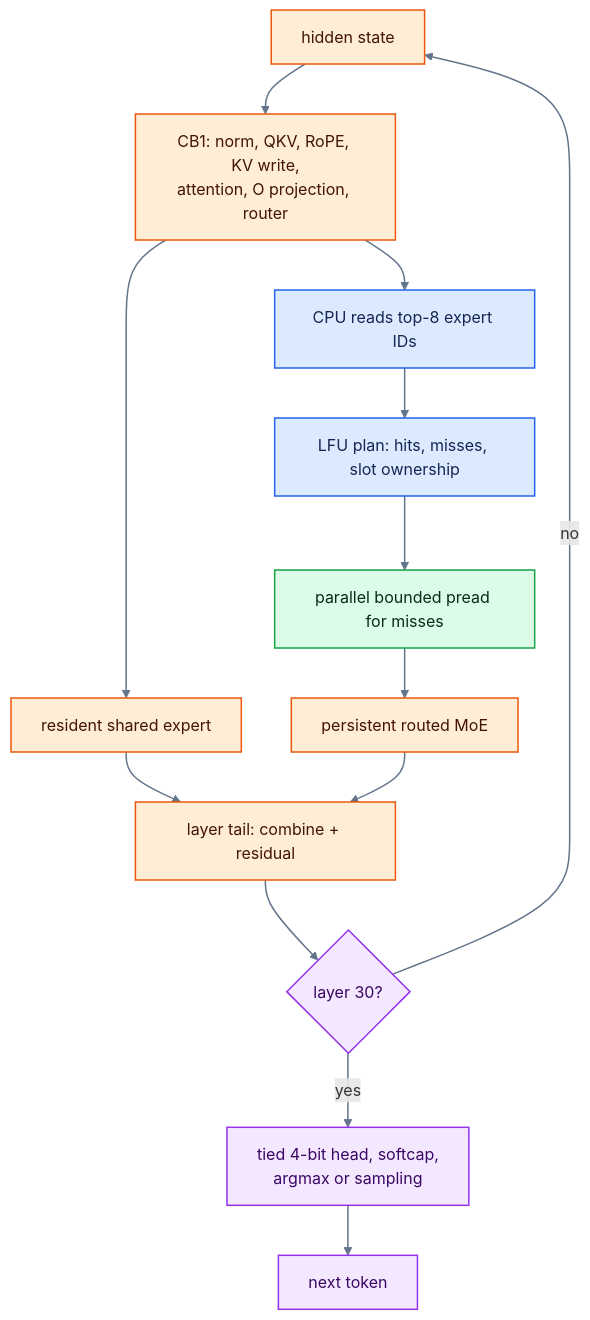
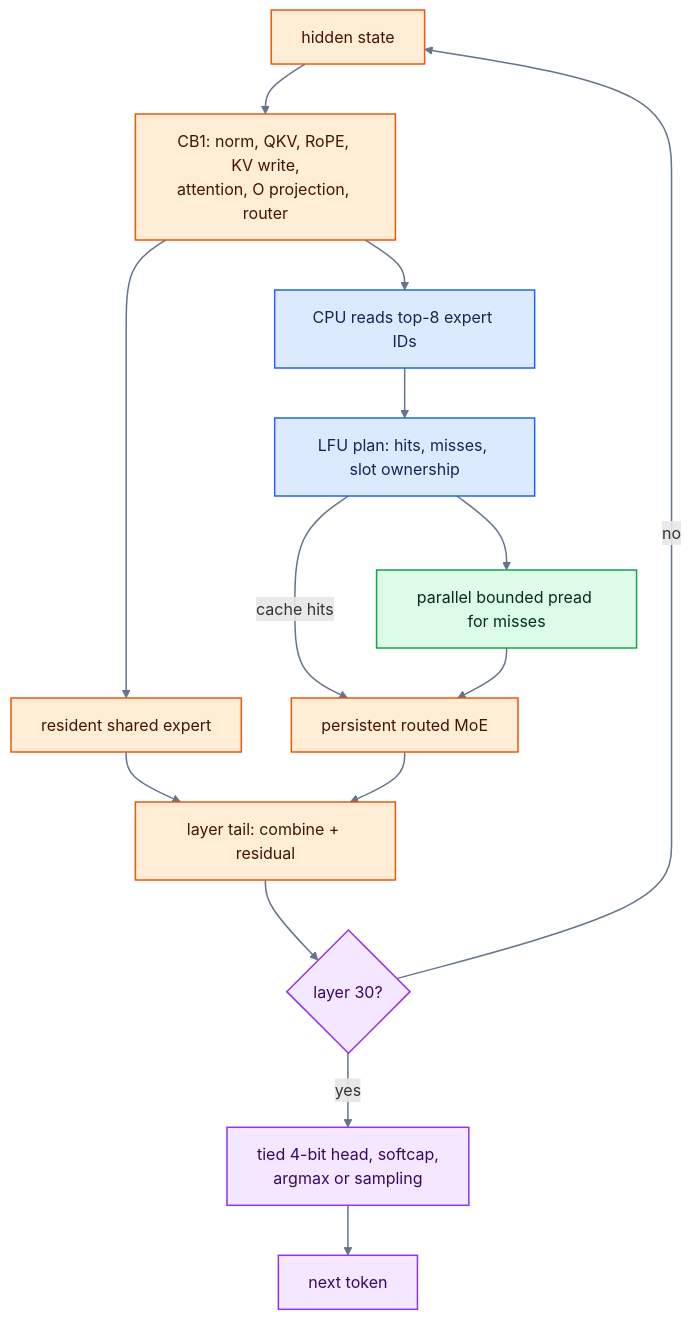
One commit to drumih/turbo-fieldfare changed the second of 2 diagrams in docs/SYSTEM_DESIGN.md. Above: the diagram before and after it, drawn with Mermaid. The commit also changed other lines of this file and 1 other file, not shown here.

````diff
--- a/docs/SYSTEM_DESIGN.md
+++ b/docs/SYSTEM_DESIGN.md
@@ -291,25 +297,26 @@
 ```mermaid
 flowchart TD
     H["hidden state"] --> C1["CB1: norm, QKV, RoPE, KV write,\nattention, O projection, router"]
     C1 --> R["CPU reads top-8 expert IDs"]
     R --> P["LFU plan: hits, misses, slot ownership"]
     P --> IO["parallel bounded pread for misses"]
+    P -->|cache hits| M
     C1 --> S["resident shared expert"]
     IO --> M["persistent routed MoE"]
     S --> T["layer tail: combine + residual"]
     M --> T
     T --> N{"layer 30?"}
     N -->|no| H
     N -->|yes| O["tied 4-bit head, softcap,\nargmax or sampling"]
     O --> K["next token"]
 
     classDef compute fill:#FFEDD5,stroke:#EA580C,color:#431407,stroke-width:1.5px;
     classDef control fill:#DBEAFE,stroke:#2563EB,color:#172554,stroke-width:1.5px;
     classDef io fill:#DCFCE7,stroke:#16A34A,color:#052E16,stroke-width:1.5px;
     classDef output fill:#F3E8FF,stroke:#9333EA,color:#3B0764,stroke-width:1.5px;
     class H,C1,S,M,T compute;
     class R,P control;
     class IO io;
     class N,O,K output;
     linkStyle default stroke:#64748B,stroke-width:1.5px
 ```
````
